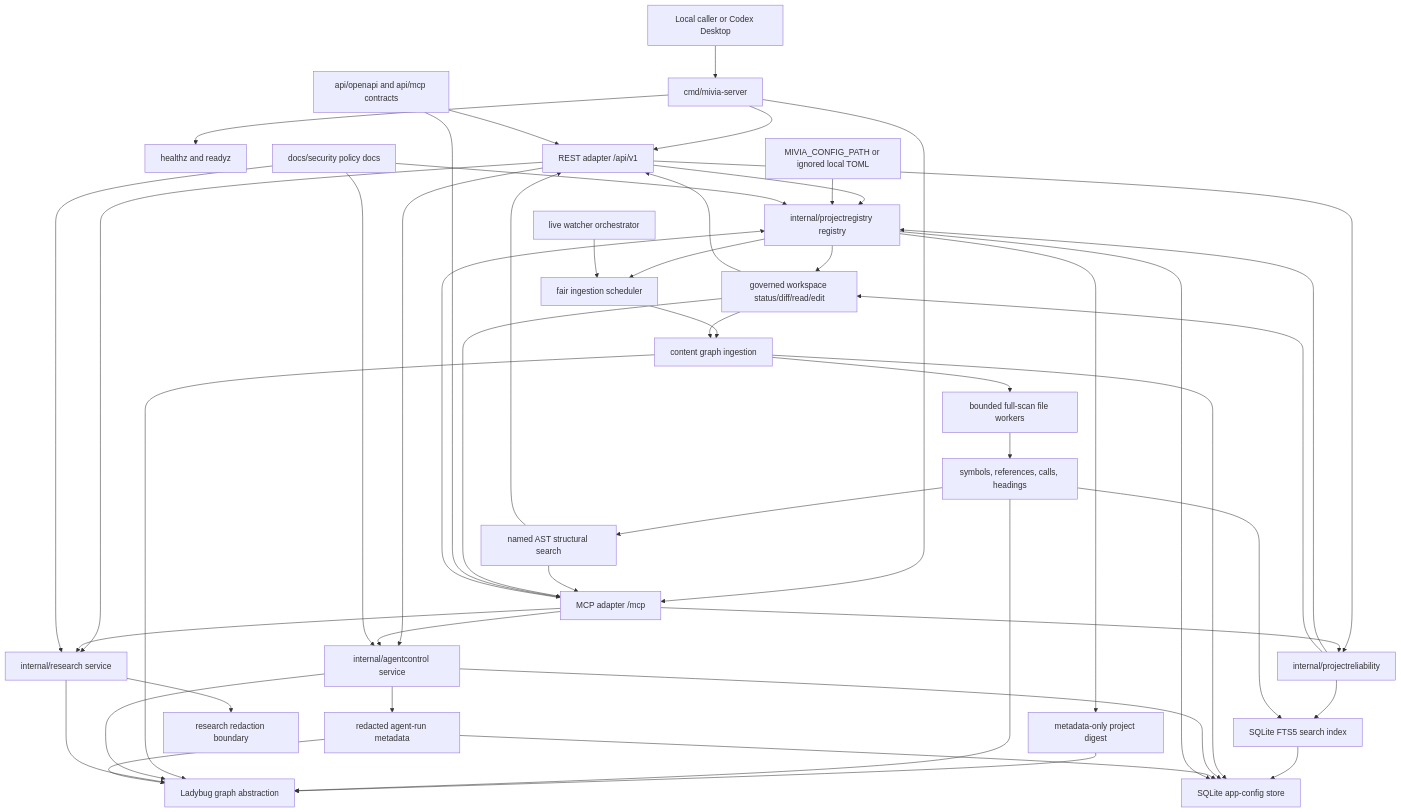
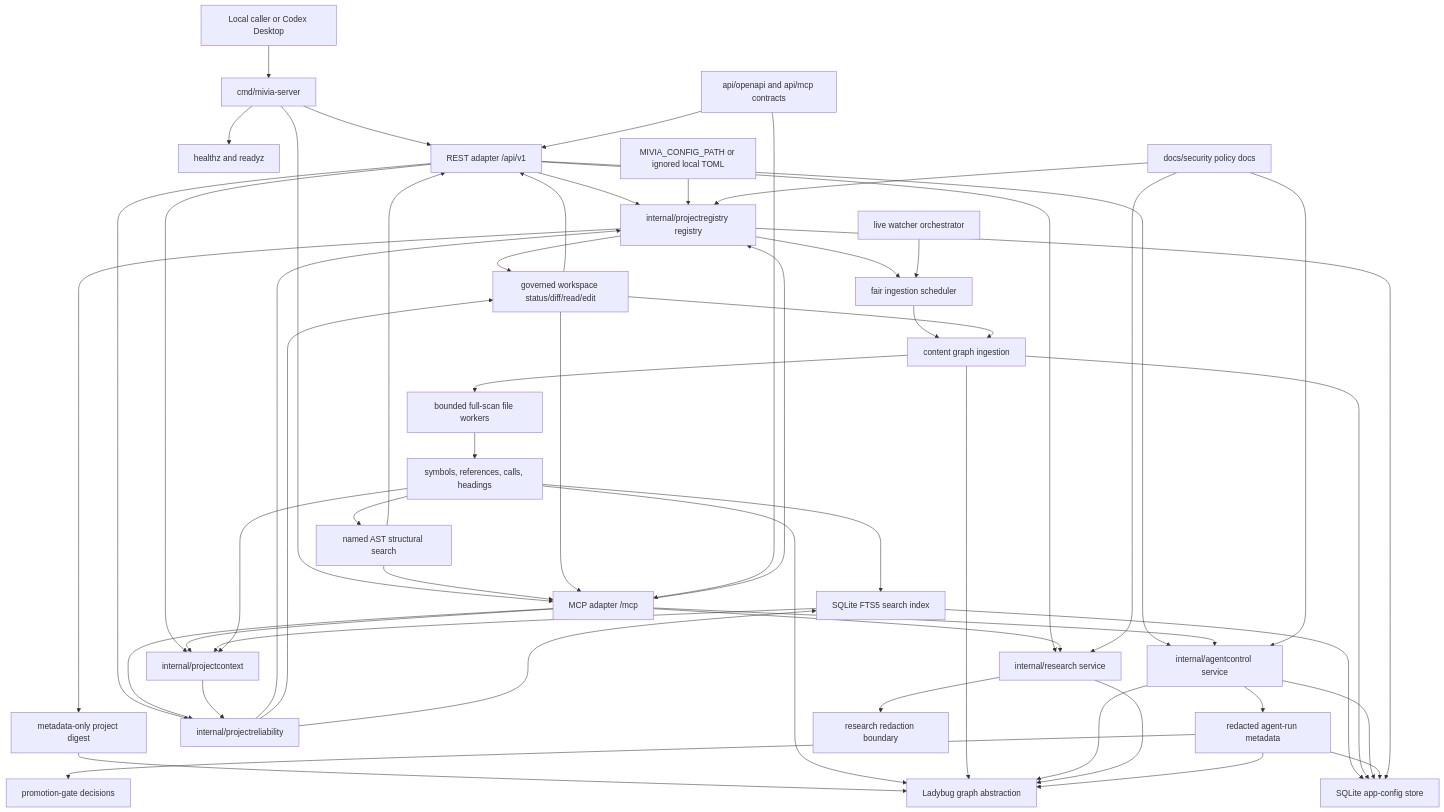
One commit to MiviaLabs/go-mivia changed the first of 8 diagrams in docs/architecture/system-architecture.md. Above: the diagram before and after it, drawn with Mermaid. The commit also changed other lines of this file and 30 other files, not shown here.

Commit message:
Add context packs and promotion gates

```diff
--- a/docs/architecture/system-architecture.md
+++ b/docs/architecture/system-architecture.md
@@ -34,8 +35,10 @@
   MCP["MCP adapter /mcp"]
   AgentService["internal/agentcontrol service"]
   AgentRuns["redacted agent-run metadata"]
+  Promotions["promotion-gate decisions"]
   ProjectRegistry["internal/projectregistry registry"]
   Reliability["internal/projectreliability"]
+  ContextPacks["internal/projectcontext"]
   ProjectDigest["metadata-only project digest"]
   ProjectIngestion["content graph ingestion"]
   ProjectWorkspace["governed workspace status/diff/read/edit"]
@@ -60,10 +63,14 @@
   REST --> AgentService
   MCP --> AgentService
   AgentService --> AgentRuns
+  AgentRuns --> Promotions
   REST --> ProjectRegistry
   MCP --> ProjectRegistry
   REST --> Reliability
   MCP --> Reliability
+  REST --> ContextPacks
+  MCP --> ContextPacks
+  ContextPacks --> Reliability
   Reliability --> ProjectRegistry
   Reliability --> ProjectWorkspace
   Reliability --> SearchIndex
@@ -78,7 +85,9 @@
   SemanticGraph --> Ladybug
   SemanticGraph --> SearchIndex
   SearchIndex --> SQLite
+  SearchIndex --> ContextPacks
   SemanticGraph --> ASTSearch
+  SemanticGraph --> ContextPacks
   ASTSearch --> REST
   ASTSearch --> MCP
   ProjectIngestion --> Ladybug
```
